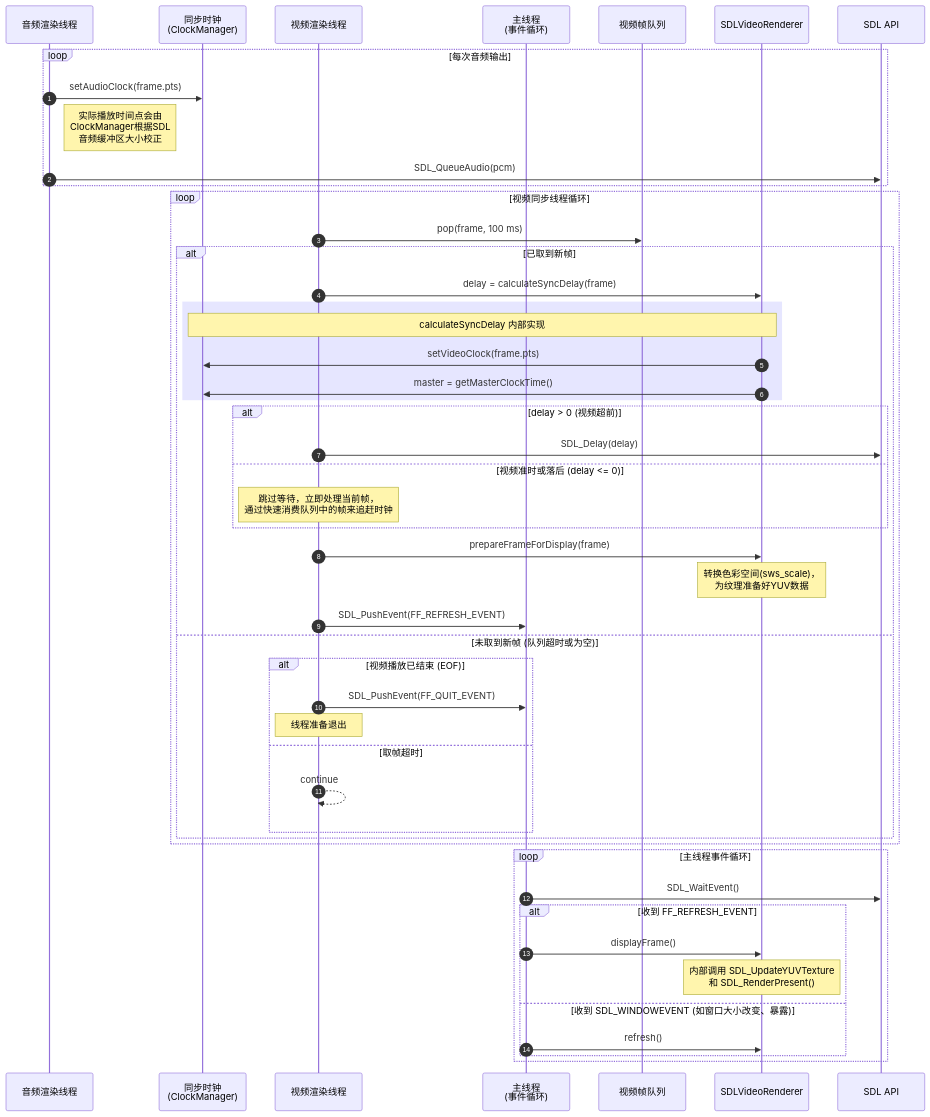
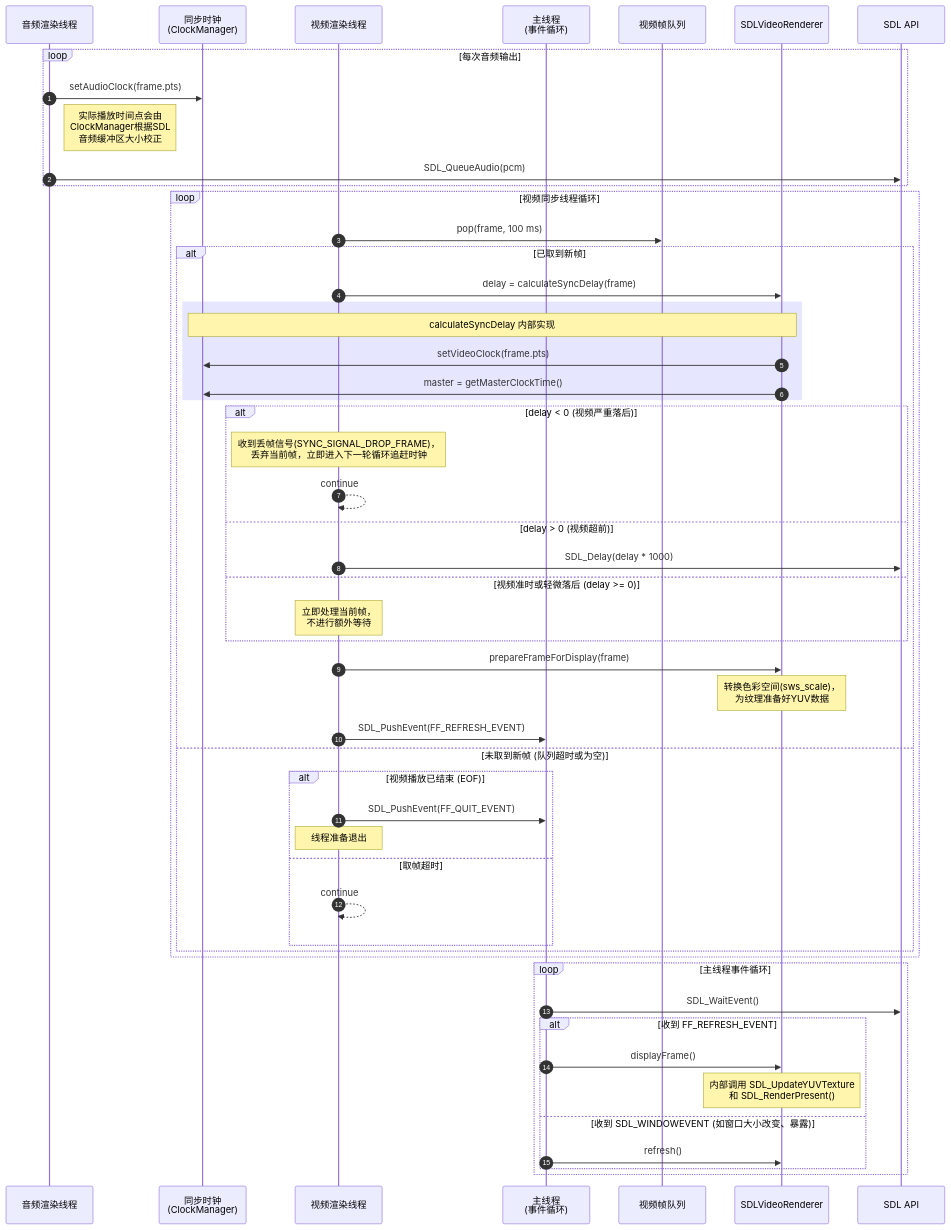
One commit to Ko-vey/SDLplayerCore changed the diagram in docs/assets/sequence-av-sync.md. Above: the diagram before and after it, drawn with Mermaid. The commit also changed 3 other files, not shown here.

````diff
--- a/docs/assets/sequence-av-sync.md
+++ b/docs/assets/sequence-av-sync.md
@@ -3,59 +3,62 @@
 ```mermaid
 sequenceDiagram
     autonumber
     
     participant AudioRenderThread as 音频渲染线程
-    participant Clock as 同步时钟<br/>(ClockManager)
+    participant Clock as 同步时钟<br>(ClockManager)
     participant VideoRenderThread as 视频渲染线程
-    participant MainThread as 主线程<br/>(事件循环)
+    participant MainThread as 主线程<br>(事件循环)
     participant VideoFrameQueue as 视频帧队列
     participant VideoRenderer as SDLVideoRenderer
     participant SDL as SDL API
 
     loop 每次音频输出
         AudioRenderThread ->> Clock: setAudioClock(frame.pts)
-        note right of AudioRenderThread: 实际播放时间点会由<br/>ClockManager根据SDL<br/>音频缓冲区大小校正
+        note right of AudioRenderThread: 实际播放时间点会由<br>ClockManager根据SDL<br>音频缓冲区大小校正
         AudioRenderThread ->> SDL: SDL_QueueAudio(pcm)
     end
 
     loop 视频同步线程循环
         VideoRenderThread ->> VideoFrameQueue: pop(frame, 100 ms)
         alt 已取到新帧
             VideoRenderThread ->> VideoRenderer: delay = calculateSyncDelay(frame)
             rect rgb(230, 230, 255)
                 note over VideoRenderer, Clock: calculateSyncDelay 内部实现
                 VideoRenderer ->> Clock: setVideoClock(frame.pts)
                 VideoRenderer ->> Clock: master = getMasterClockTime()
             end
             
-            alt delay > 0 (视频超前)
-                VideoRenderThread ->> SDL: SDL_Delay(delay)
-            else 视频准时或落后 (delay <= 0)
-                Note over VideoRenderThread: 跳过等待，立即处理当前帧，<br>通过快速消费队列中的帧来追赶时钟
+            alt delay < 0 (视频严重落后)
+                Note over VideoRenderThread: 收到丢帧信号(SYNC_SIGNAL_DROP_FRAME)，<br>丢弃当前帧，立即进入下一轮循环追赶时钟
+                VideoRenderThread -->> VideoRenderThread: continue
+            else delay > 0 (视频超前)
+                VideoRenderThread ->> SDL: SDL_Delay(delay * 1000)
+            else 视频准时或轻微落后 (delay >= 0)
+                Note over VideoRenderThread: 立即处理当前帧，<br>不进行额外等待
             end
 
             VideoRenderThread ->> VideoRenderer: prepareFrameForDisplay(frame)
-            note over VideoRenderer: 转换色彩空间(sws_scale)，<br/>为纹理准备好YUV数据
+            note over VideoRenderer: 转换色彩空间(sws_scale)，<br>为纹理准备好YUV数据
             
             VideoRenderThread ->> MainThread: SDL_PushEvent(FF_REFRESH_EVENT)
         else 未取到新帧 (队列超时或为空)
             alt 视频播放已结束 (EOF)
                  VideoRenderThread ->> MainThread: SDL_PushEvent(FF_QUIT_EVENT)
                  note over VideoRenderThread: 线程准备退出
             else 取帧超时
                  VideoRenderThread -->> VideoRenderThread: continue
             end
         end
     end
 
     loop 主线程事件循环
         MainThread ->> SDL: SDL_WaitEvent()
         alt 收到 FF_REFRESH_EVENT
             MainThread ->> VideoRenderer: displayFrame()
-            note over VideoRenderer: 内部调用 SDL_UpdateYUVTexture<br/>和 SDL_RenderPresent()
+            note over VideoRenderer: 内部调用 SDL_UpdateYUVTexture<br>和 SDL_RenderPresent()
         else 收到 SDL_WINDOWEVENT (如窗口大小改变、暴露)
             MainThread ->> VideoRenderer: refresh()
         end
     end
 
 ```
````
